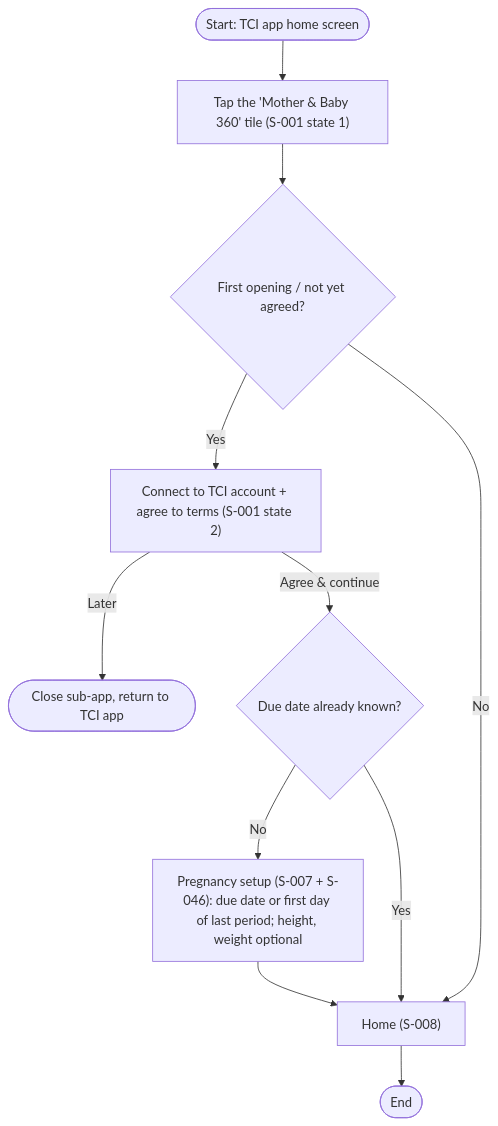
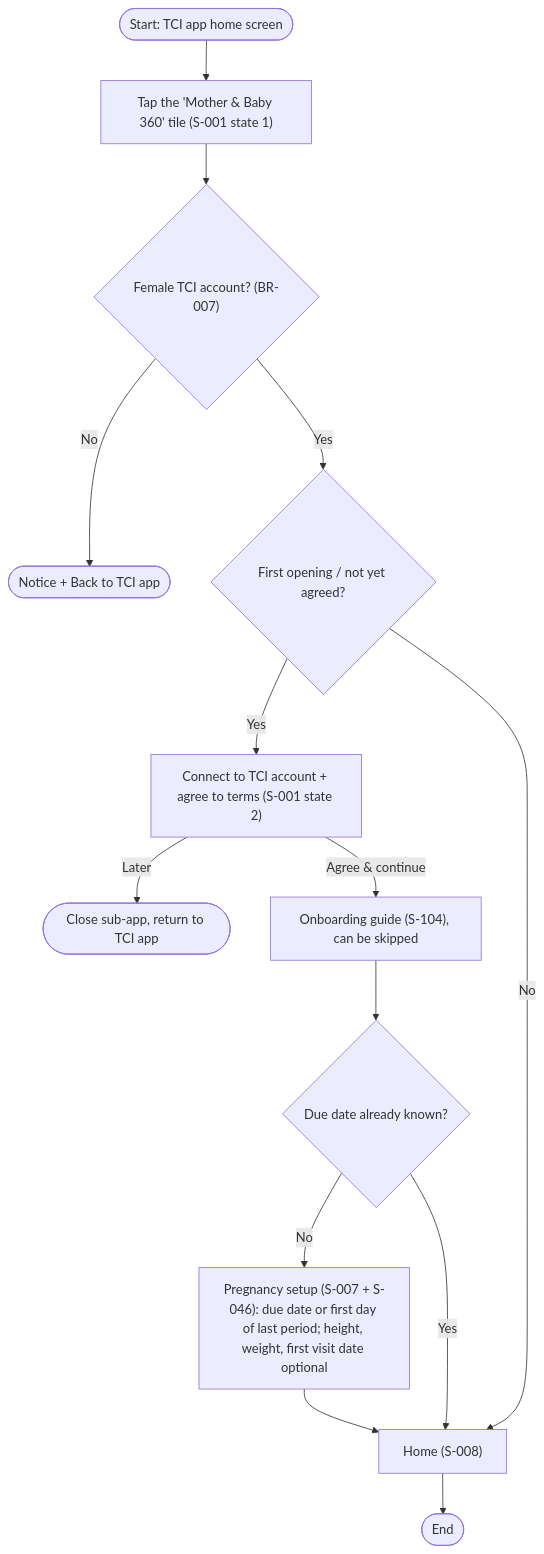
The first of 2 diagrams in specs/spec-ACC.md (PromotedKing/dbiz3-team-a-rubric), drawn with Mermaid before and after one commit. The commit also changed other lines of this file and 38 other files, not shown here.

````diff
--- a/specs/spec-ACC.md
+++ b/specs/spec-ACC.md
@@ -111,12 +116,15 @@
 ```mermaid
 flowchart TD
     S(["Start: TCI app home screen"]) --> T["Tap the 'Mother & Baby 360' tile (S-001 state 1)"]
-    T --> FO{"First opening / not yet agreed?"}
+    T --> F{"Female TCI account? (BR-007)"}
+    F -- No --> N(["Notice + Back to TCI app"])
+    F -- Yes --> FO{"First opening / not yet agreed?"}
     FO -- Yes --> C["Connect to TCI account + agree to terms (S-001 state 2)"]
     C -- "Later" --> X(["Close sub-app, return to TCI app"])
-    C -- "Agree & continue" --> EDD{"Due date already known?"}
+    C -- "Agree & continue" --> G["Onboarding guide (S-104), can be skipped"]
+    G --> EDD{"Due date already known?"}
     FO -- No --> H["Home (S-008)"]
-    EDD -- No --> P["Pregnancy setup (S-007 + S-046): due date or first day of last period; height, weight optional"] --> H
+    EDD -- No --> P["Pregnancy setup (S-007 + S-046): due date or first day of last period; height, weight, first visit date optional"] --> H
     EDD -- Yes --> H
     H --> E(["End"])
 ```
````
